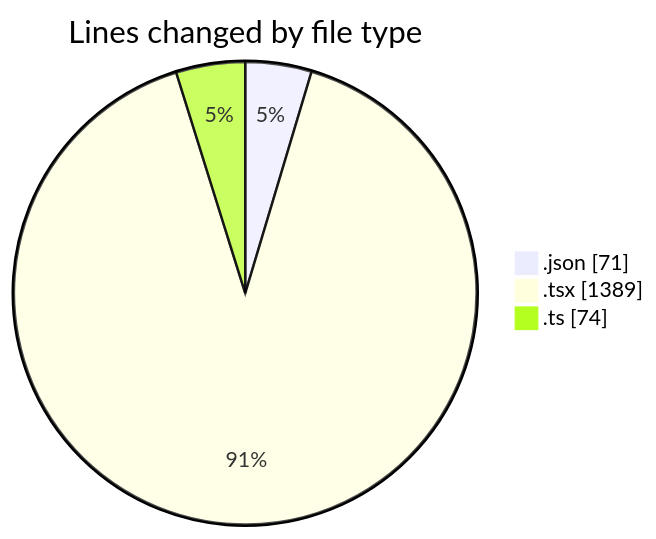
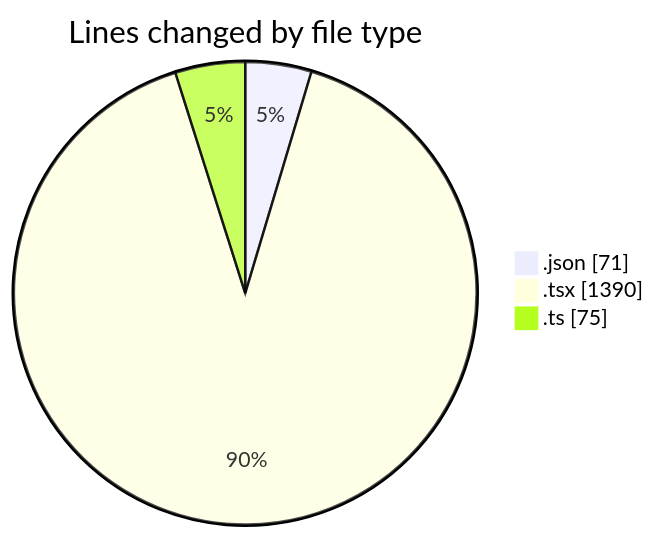
The first of 2 diagrams in 2026-01-29/cda/README.md (momahboobian/code-tracking), drawn with Mermaid before and after one commit. The commit also changed other lines of this file and 1 other file, not shown here.

````diff
--- a/2026-01-29/cda/README.md
+++ b/2026-01-29/cda/README.md
@@ -22,7 +22,7 @@
 ```mermaid
 pie showData
 title Lines changed by file type
 ".json" : 71
-".tsx" : 1389
-".ts" : 74
+".tsx" : 1390
+".ts" : 75
 ```
````
